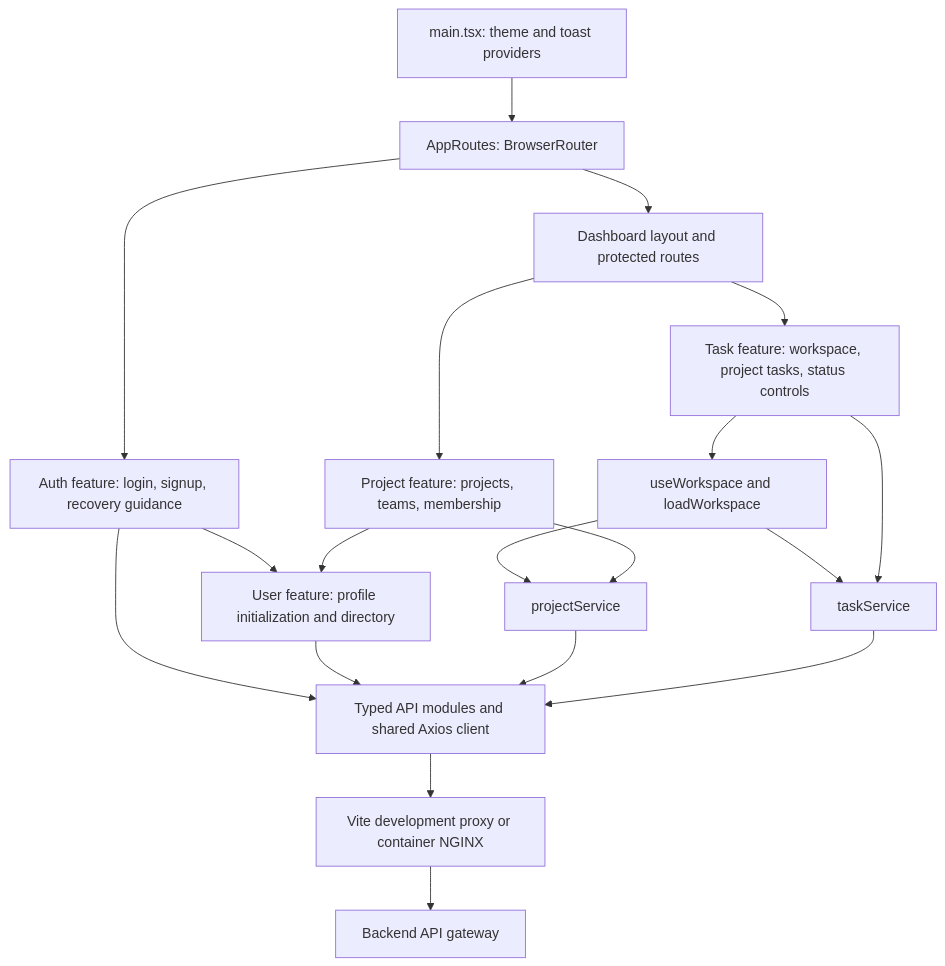
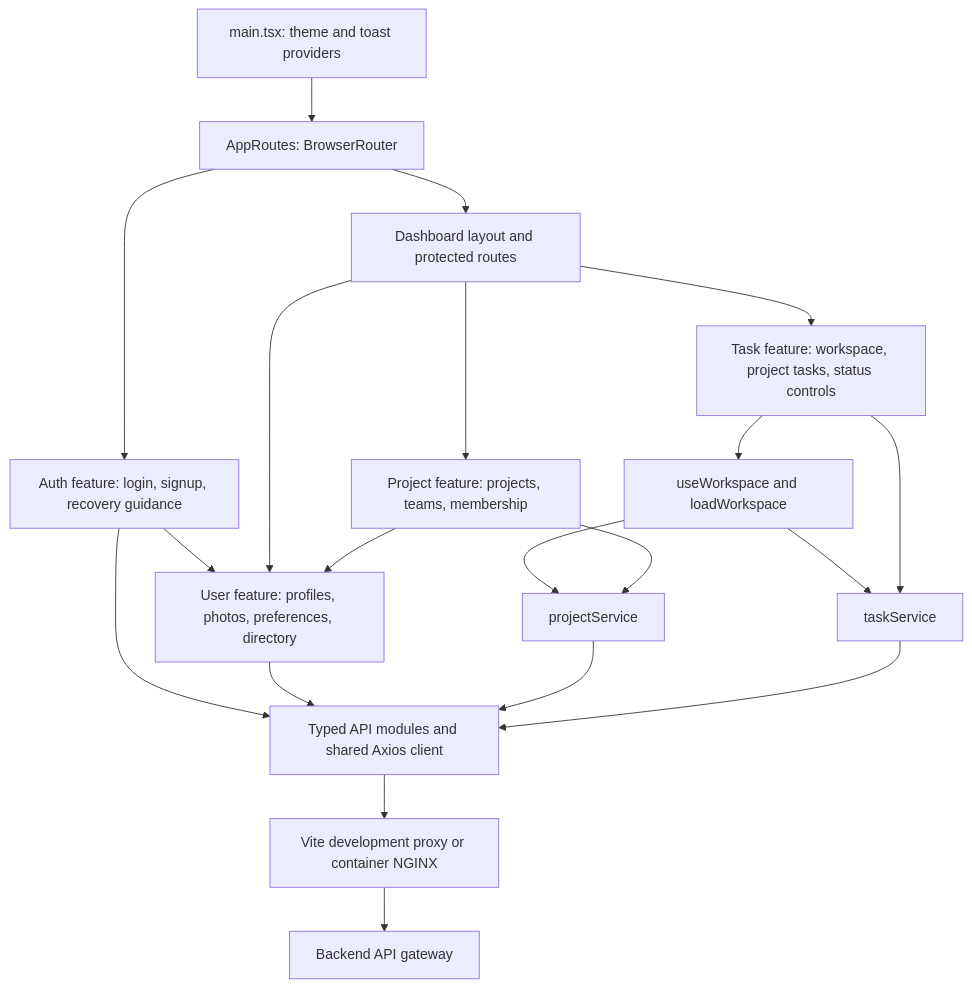
Before and after one commit to herve192-hub/TaskFlow: the first of 3 diagrams in frontend/README.md, drawn with Mermaid. The commit also changed other lines of this file and 48 other files, not shown here.

Commit message:
implemented User profile and settings pages

````diff
--- a/frontend/README.md
+++ b/frontend/README.md
@@ -9,21 +9,22 @@
 ```mermaid
 flowchart TB
     main["main.tsx: theme and toast providers"] --> routes["AppRoutes: BrowserRouter"]
     routes --> auth["Auth feature: login, signup, recovery guidance"]
     routes --> dashboard["Dashboard layout and protected routes"]
     dashboard --> projects["Project feature: projects, teams, membership"]
     dashboard --> tasks["Task feature: workspace, project tasks, status controls"]
-    auth --> users["User feature: profile initialization and directory"]
+    auth --> users["User feature: profiles, photos, preferences, directory"]
+    dashboard --> users
     projects --> users
     tasks --> workspace["useWorkspace and loadWorkspace"]
     workspace --> projectService["projectService"]
     workspace --> taskService["taskService"]
     auth --> api["Typed API modules and shared Axios client"]
     users --> api
     projects --> projectService
     projectService --> api
     tasks --> taskService
     taskService --> api
     api --> proxy["Vite development proxy or container NGINX"]
     proxy --> gateway["Backend API gateway"]
 ```
````
